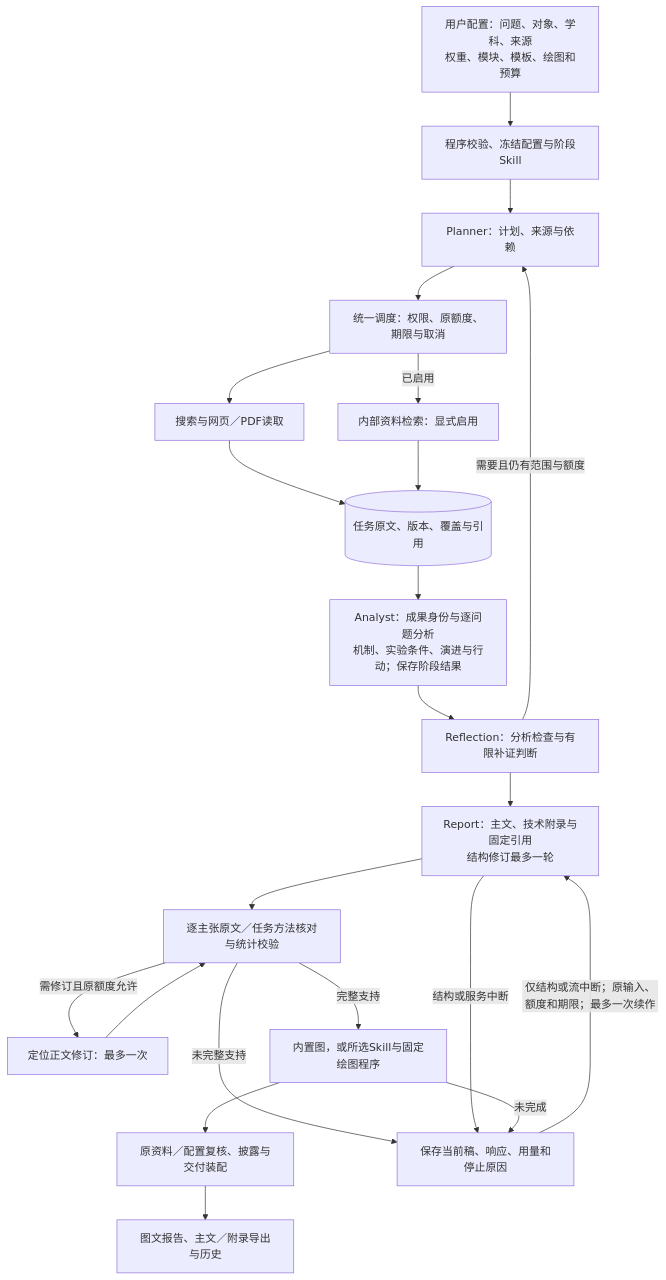
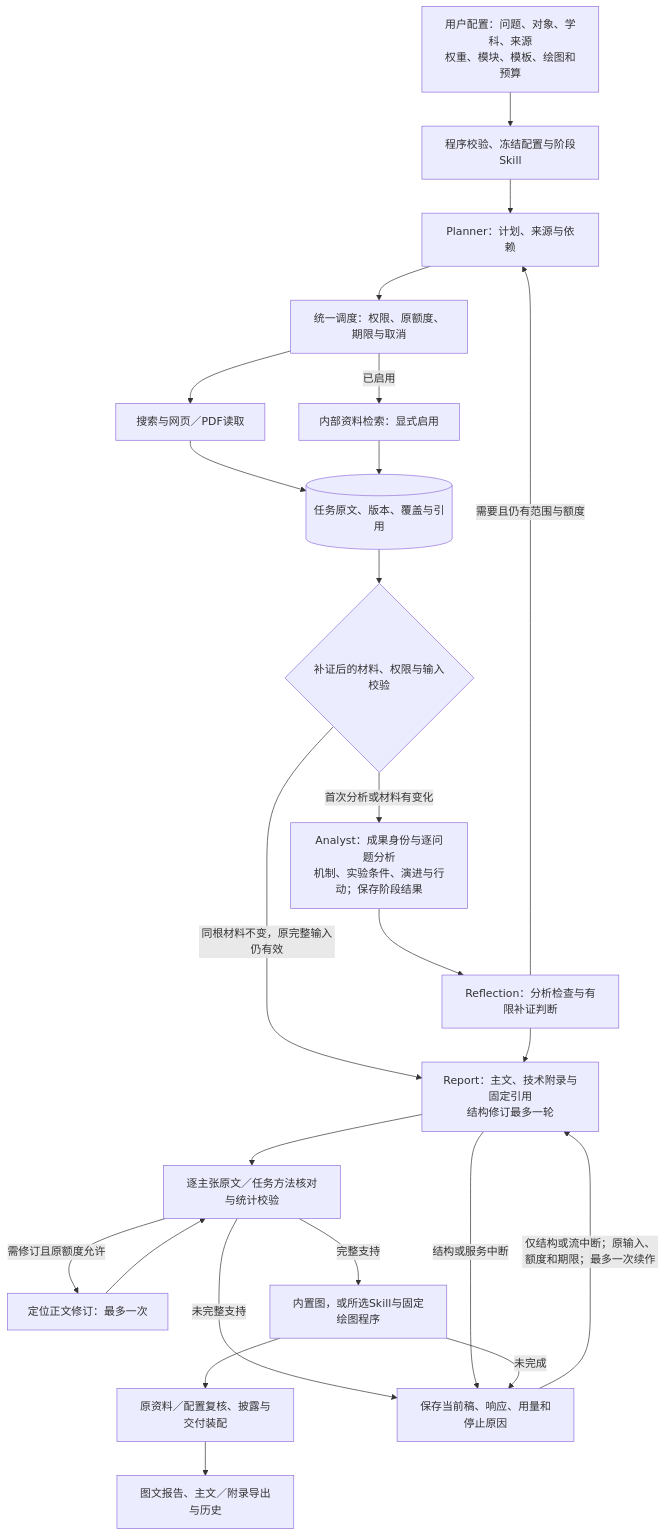
One commit to wblxr408/Agentic-Deep-Research-System changed the diagram in README.md. Above: the diagram before and after it, drawn with Mermaid. The commit also changed other lines of this file and 11 other files, not shown here.

````diff
--- a/README.md
+++ b/README.md
@@ -38,30 +40,34 @@
 ```mermaid
 flowchart TB
     U["用户配置：问题、对象、学科、来源<br/>权重、模块、模板、绘图和预算"]
     C["程序校验、冻结配置与阶段Skill"]
     P["Planner：计划、来源与依赖"]
     D["统一调度：权限、原额度、期限与取消"]
     W["搜索与网页／PDF读取"]
     K["内部资料检索：显式启用"]
     E[("任务原文、版本、覆盖与引用")]
+    B{"补证后的材料、权限与输入校验"}
     A["Analyst：成果身份与逐问题分析<br/>机制、实验条件、演进与行动；保存阶段结果"]
     F["Reflection：分析检查与有限补证判断"]
     R["Report：主文、技术附录与固定引用<br/>结构修订最多一轮"]
     Q["逐主张原文／任务方法核对与统计校验"]
     V["定位正文修订：最多一次"]
     G["内置图，或所选Skill与固定绘图程序"]
     H["原资料／配置复核、披露与交付装配"]
     O["图文报告、主文／附录导出与历史"]
     S["保存当前稿、响应、用量和停止原因"]
     U --> C --> P --> D
     D --> W --> E
     D -->|已启用| K --> E
-    E --> A --> F --> R --> Q
+    E --> B
+    B -->|首次分析或材料有变化| A
+    B -->|同根材料不变，原完整输入仍有效| R
+    A --> F --> R --> Q
     F -->|需要且仍有范围与额度| P
     Q -->|需修订且原额度允许| V --> Q
     Q -->|完整支持| G --> H --> O
     Q -->|未完整支持| S
     R -->|结构或服务中断| S
     G -->|未完成| S
     S -->|仅结构或流中断；原输入、额度和期限；最多一次续作| R
 ```
````
